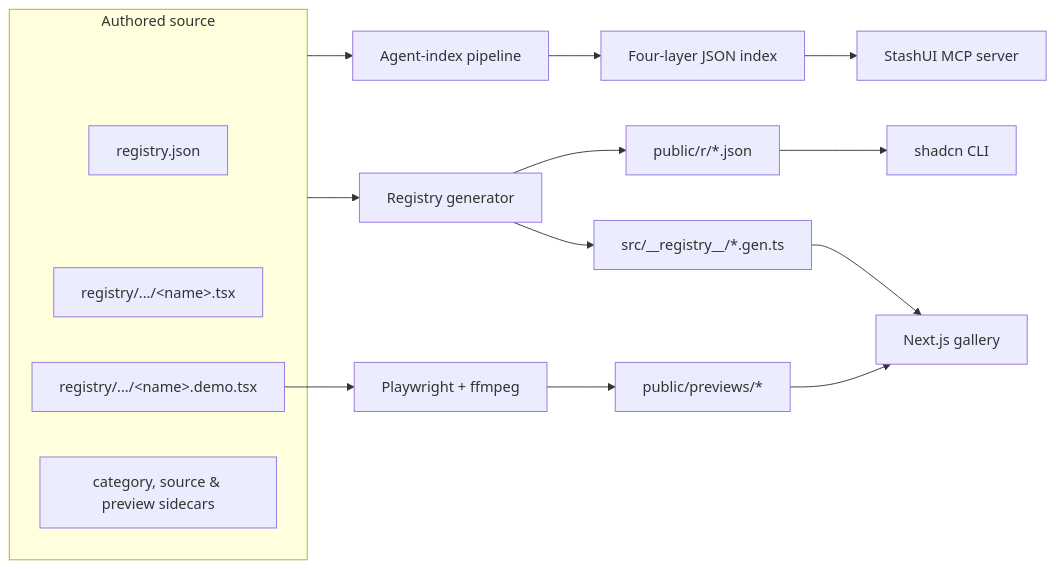
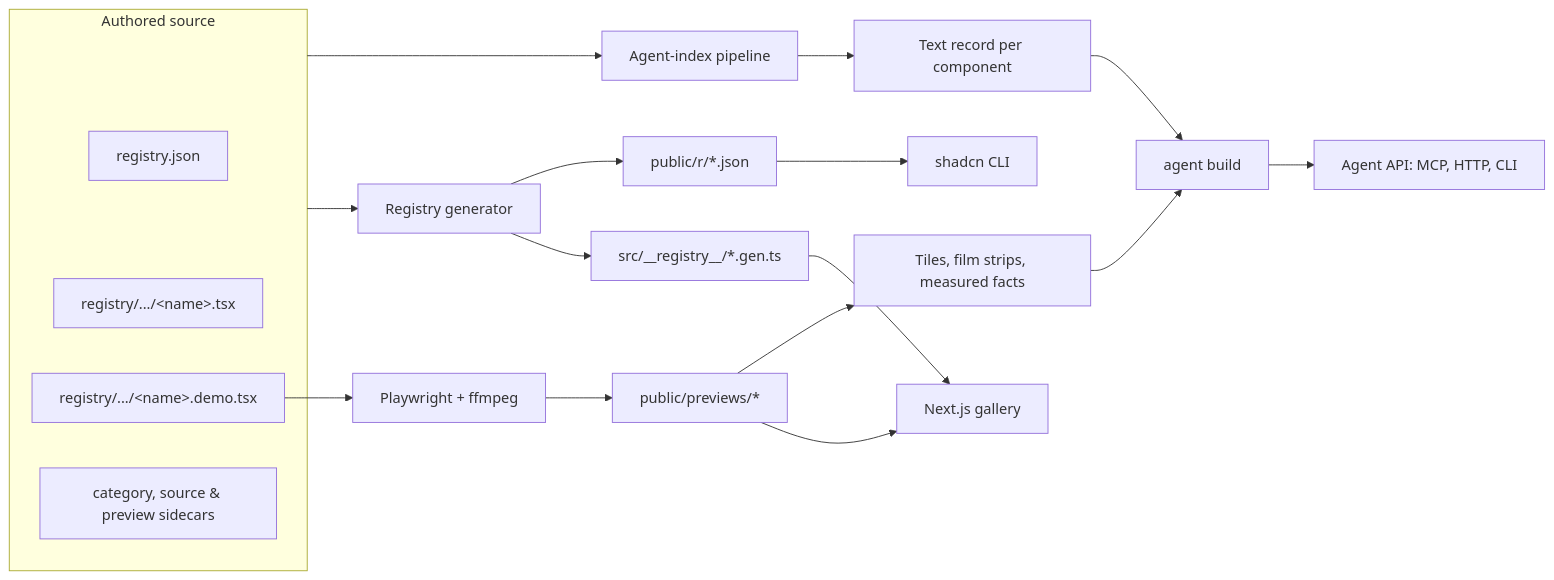
The diagram in README.md (vermarjun/StashUI), drawn with Mermaid before and after one commit. The commit also changed other lines of this file and 27 other files, not shown here.

First line of the commit message:
feat(agent): ranking evaluation, docs, and removal of the text-only MCP server

````diff
--- a/README.md
+++ b/README.md
@@ -324,23 +192,26 @@
 ```mermaid
 flowchart LR
   subgraph Source["Authored source"]
     Manifest["registry.json"]
     Component["registry/.../&lt;name&gt;.tsx"]
     Demo["registry/.../&lt;name&gt;.demo.tsx"]
     Sidecars["category, source & preview sidecars"]
   end
 
   Source --> RegistryBuild["Registry generator"]
   RegistryBuild --> GalleryData["src/__registry__/*.gen.ts"]
   RegistryBuild --> InstallJSON["public/r/*.json"]
   GalleryData --> Gallery["Next.js gallery"]
   InstallJSON --> Shadcn["shadcn CLI"]
 
   Source --> IndexBuild["Agent-index pipeline"]
-  IndexBuild --> Index["Four-layer JSON index"]
-  Index --> MCP["StashUI MCP server"]
+  IndexBuild --> Index["Text record per component"]
 
   Demo --> Capture["Playwright + ffmpeg"]
   Capture --> PreviewMedia["public/previews/*"]
   PreviewMedia --> Gallery
+  PreviewMedia --> Tiles["Tiles, film strips, measured facts"]
+  Index --> AgentBuild["agent build"]
+  Tiles --> AgentBuild
+  AgentBuild --> AgentAPI["Agent API: MCP, HTTP, CLI"]
 ```
````
